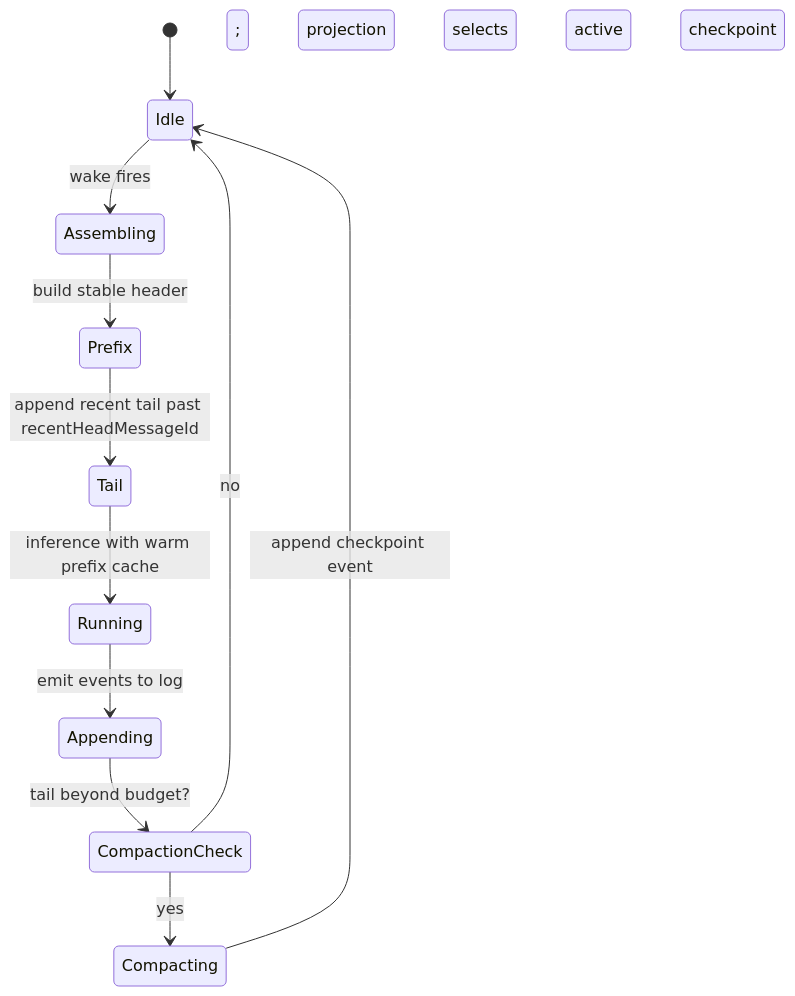
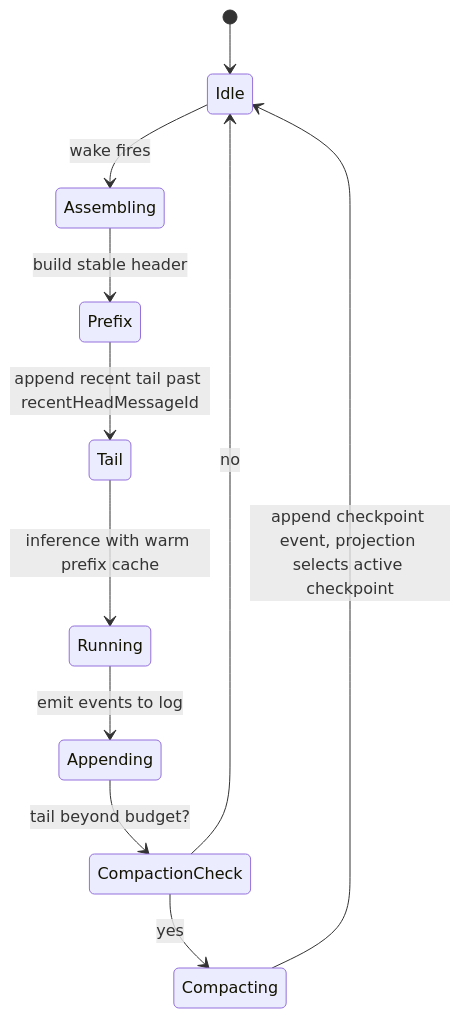
The third of 5 diagrams in docs/daily_os_ai_runtime_architecture.md (matthiasn/lotti), drawn with Mermaid before and after one commit. The commit also changed other lines of this file and 15 other files, not shown here.

````diff
--- a/docs/daily_os_ai_runtime_architecture.md
+++ b/docs/daily_os_ai_runtime_architecture.md
@@ -151,13 +151,13 @@
 ```mermaid
 stateDiagram-v2
   [*] --> Idle
   Idle --> Assembling: wake fires
   Assembling --> Prefix: build stable header
   Prefix --> Tail: append recent tail past recentHeadMessageId
   Tail --> Running: inference with warm prefix cache
   Running --> Appending: emit events to log
   Appending --> CompactionCheck: tail beyond budget?
   CompactionCheck --> Compacting: yes
   CompactionCheck --> Idle: no
-  Compacting --> Idle: append checkpoint event; projection selects active checkpoint
+  Compacting --> Idle: append checkpoint event, projection selects active checkpoint
 ```
````
